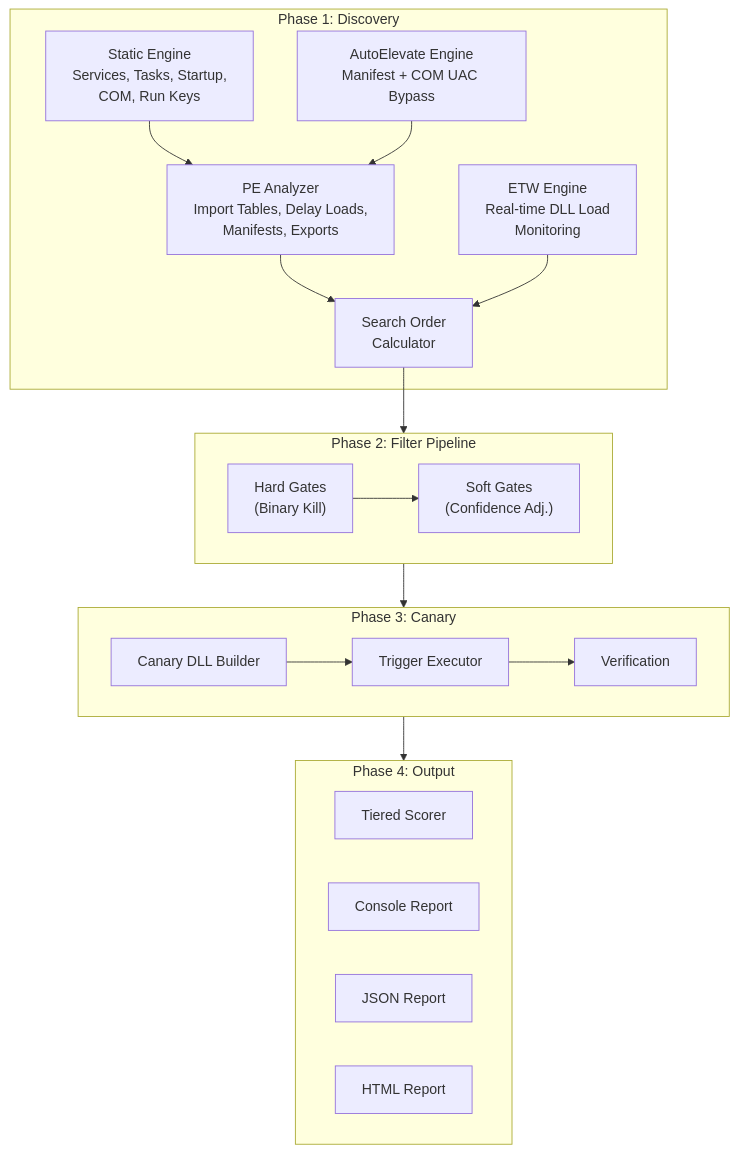
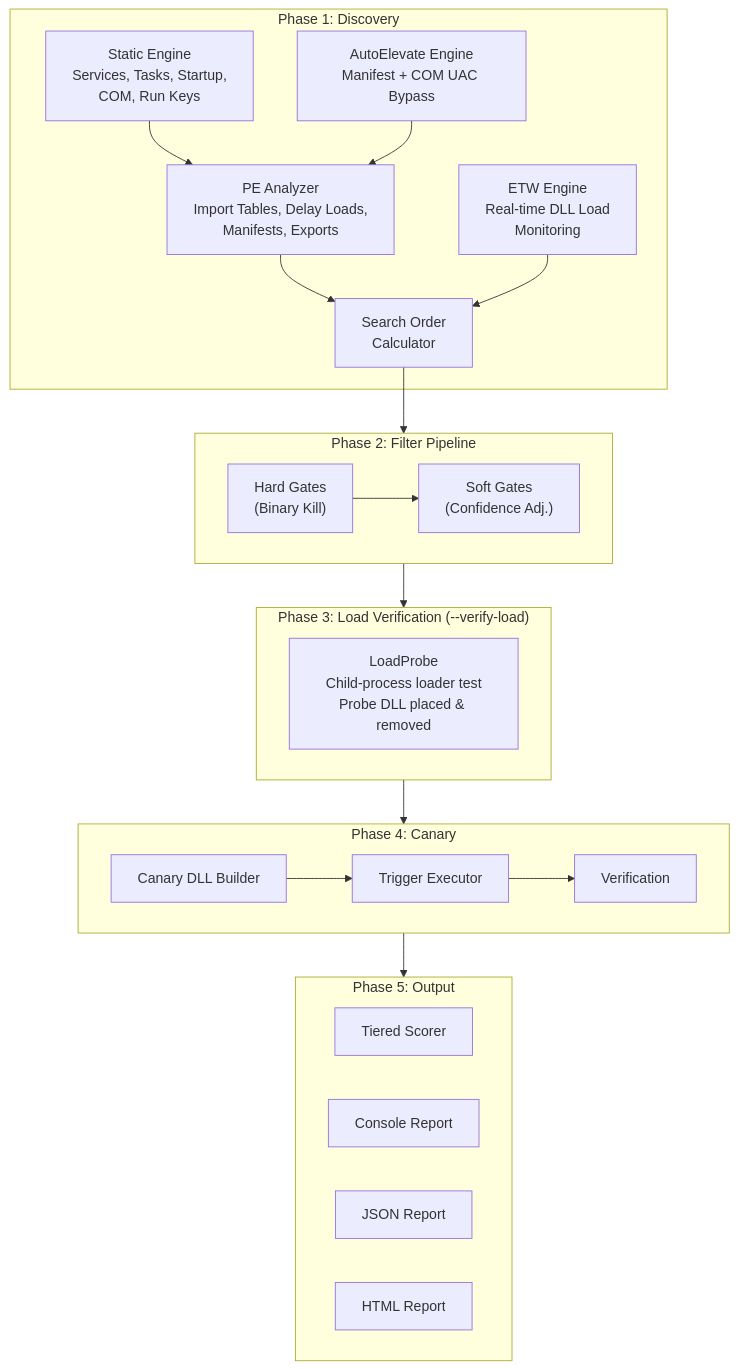
Before and after one commit to ghostvectoracademy/DLLHijackHunter: the first of 2 diagrams in README.md, drawn with Mermaid. The commit also changed other lines of this file, not shown here.

Commit message:
docs: update README — ProjectMerai branding, .NET 8/10 badge, add Load Probe phase to architecture diagram

````diff
--- a/README.md
+++ b/README.md
@@ -33,38 +33,43 @@
 ```mermaid
 flowchart TB
     subgraph Phase1["Phase 1: Discovery"]
         SE["Static Engine<br/>Services, Tasks, Startup,<br/>COM, Run Keys"]
         AE["AutoElevate Engine<br/>Manifest + COM UAC Bypass"]
         PE["PE Analyzer<br/>Import Tables, Delay Loads,<br/>Manifests, Exports"]
         ETW["ETW Engine<br/>Real-time DLL Load<br/>Monitoring"]
         SO["Search Order<br/>Calculator"]
     end
 
     subgraph Phase2["Phase 2: Filter Pipeline"]
         direction LR
         HG["Hard Gates<br/>(Binary Kill)"]
         SG["Soft Gates<br/>(Confidence Adj.)"]
     end
 
-    subgraph Phase3["Phase 3: Canary"]
+    subgraph Phase3["Phase 3: Load Verification (--verify-load)"]
+        LP["LoadProbe<br/>Child-process loader test<br/>Probe DLL placed &amp; removed"]
+    end
+
+    subgraph Phase4["Phase 4: Canary"]
         CB["Canary DLL Builder"]
         TE["Trigger Executor"]
         VF["Verification"]
     end
 
-    subgraph Phase4["Phase 4: Output"]
+    subgraph Phase5["Phase 5: Output"]
         SC["Tiered Scorer"]
         RC["Console Report"]
         RJ["JSON Report"]
         RH["HTML Report"]
     end
 
     SE --> PE --> SO
     AE --> PE
     ETW --> SO
     SO --> Phase2
     HG --> SG
     Phase2 --> Phase3
+    Phase3 --> Phase4
     CB --> TE --> VF
-    Phase3 --> Phase4
+    Phase4 --> Phase5
 ```
````
